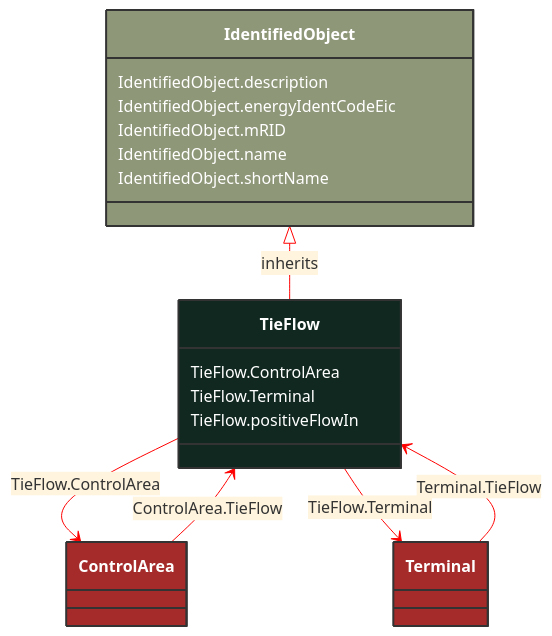
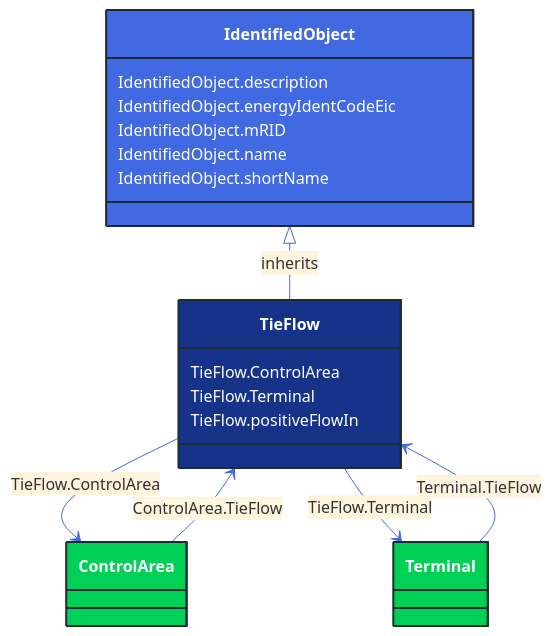
The diagram in docs/Models/Profiles/CoreEquipment/ConcreteClasses/TieFlow.md (3lbits/NoCIMExtensions), drawn with Mermaid before and after one commit. The commit also changed 362 other files, not shown here.

First line of the commit message:
Update diagrams and styles for improved visual consistency

````diff
--- a/docs/Models/Profiles/CoreEquipment/ConcreteClasses/TieFlow.md
+++ b/docs/Models/Profiles/CoreEquipment/ConcreteClasses/TieFlow.md
@@ -8,44 +8,44 @@
 ```mermaid
-%%{init: {'theme':'base','themeVariables': {'lineColor': '#FF0000'}}}%%
+%%{init: {'theme':'base','themeVariables': {'lineColor': '#4169E1'}}}%%
 classDiagram
     class TieFlow
     click TieFlow href "/Models/Profiles/CoreEquipment/ConcreteClasses/TieFlow/"
-    style TieFlow fill:#102820,stroke:#333,stroke-width:2px,rx:10,ry:10,color:white
+    style TieFlow fill:#163289,stroke:#1F2A37,stroke-width:2px,rx:10,ry:10,color:white
      
         IdentifiedObject <|-- TieFlow : inherits
             click IdentifiedObject href "/Models/Profiles/CoreEquipment/AbstractClasses/IdentifiedObject/"
-            style IdentifiedObject fill:#8F9779,stroke:#333,stroke-width:2px,rx:10,ry:10,color:white
+            style IdentifiedObject fill:#4169E1,stroke:#1F2A37,stroke-width:2px,rx:10,ry:10,color:white
 
         TieFlow --> ControlArea : TieFlow.ControlArea
 
         ControlArea
             click ControlArea href "/Models/Profiles/CoreEquipment/AbstractClasses/ControlArea/"
-            style ControlArea fill:#A52A2A,stroke:#333,stroke-width:2px,rx:10,ry:10,color:white
+            style ControlArea fill:#00D156,stroke:#1F2A37,stroke-width:2px,rx:10,ry:10,color:white
         TieFlow --> Terminal : TieFlow.Terminal
 
         Terminal
             click Terminal href "/Models/Profiles/CoreEquipment/ConcreteClasses/Terminal/"
-            style Terminal fill:#A52A2A,stroke:#333,stroke-width:2px,rx:10,ry:10,color:white
+            style Terminal fill:#00D156,stroke:#1F2A37,stroke-width:2px,rx:10,ry:10,color:white
 
         ControlArea --> TieFlow : ControlArea.TieFlow
 
         ControlArea
             click ControlArea href "/Models/Profiles/CoreEquipment/AbstractClasses/ControlArea/"
-            style ControlArea fill:#A52A2A,stroke:#333,stroke-width:2px,rx:10,ry:10,color:white
+            style ControlArea fill:#00D156,stroke:#1F2A37,stroke-width:2px,rx:10,ry:10,color:white
 
         Terminal --> TieFlow : Terminal.TieFlow
 
         Terminal
             click Terminal href "/Models/Profiles/CoreEquipment/ConcreteClasses/Terminal/"
-            style Terminal fill:#A52A2A,stroke:#333,stroke-width:2px,rx:10,ry:10,color:white
+            style Terminal fill:#00D156,stroke:#1F2A37,stroke-width:2px,rx:10,ry:10,color:white
 
 
         TieFlow : TieFlow.ControlArea
         TieFlow : TieFlow.Terminal
         TieFlow : TieFlow.positiveFlowIn
         IdentifiedObject : IdentifiedObject.description
         IdentifiedObject : IdentifiedObject.energyIdentCodeEic
         IdentifiedObject : IdentifiedObject.mRID
         IdentifiedObject : IdentifiedObject.name
         IdentifiedObject : IdentifiedObject.shortName
 ```
````
